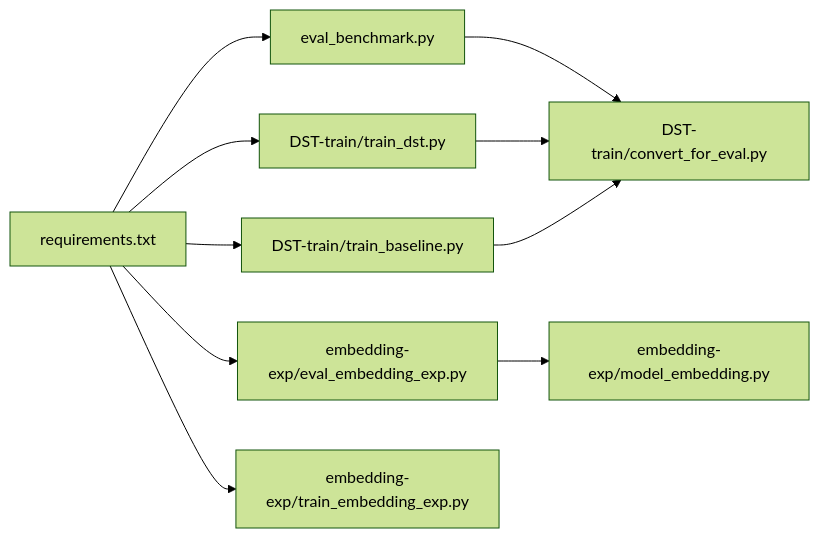
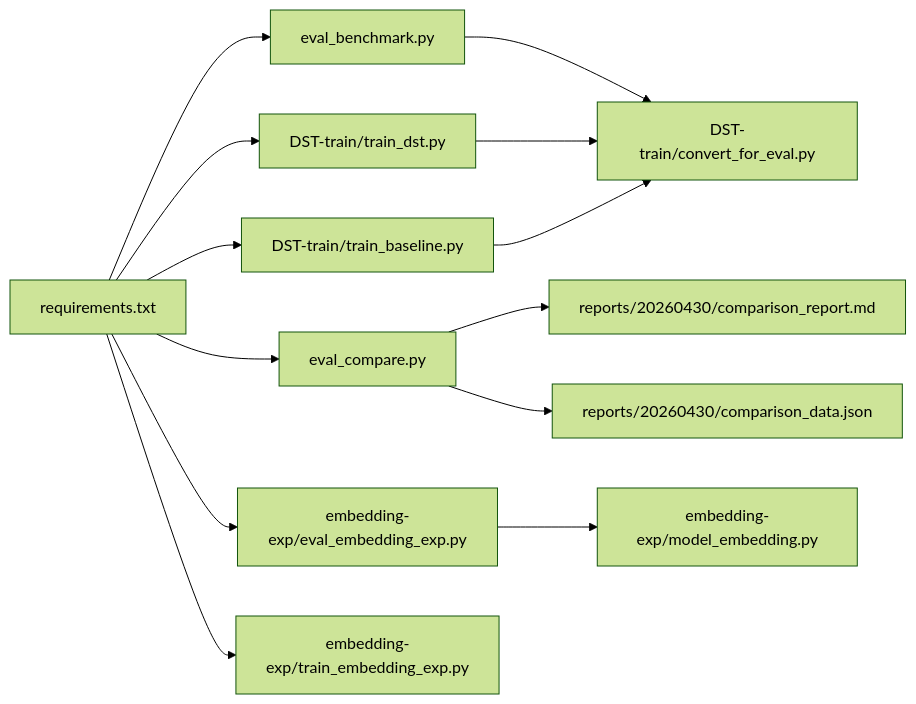
The seventh of 7 diagrams in .qoder/repowiki/zh/content/实验与评估/实验与评估.md (shiyukonghui/minimind), drawn with Mermaid (forest theme) before and after one commit. The commit also changed other lines of this file and 5 other files, not shown here.

````diff
--- a/.qoder/repowiki/zh/content/实验与评估/实验与评估.md
+++ b/.qoder/repowiki/zh/content/实验与评估/实验与评估.md
@@ -266,12 +326,15 @@
 ```mermaid
 graph LR
 REQ["requirements.txt"] --> EB["eval_benchmark.py"]
+REQ --> EC["eval_compare.py"]
 REQ --> EE["embedding-exp/eval_embedding_exp.py"]
 REQ --> TDST["DST-train/train_dst.py"]
 REQ --> TBL["DST-train/train_baseline.py"]
 REQ --> MET["embedding-exp/train_embedding_exp.py"]
 EB --> CONV["DST-train/convert_for_eval.py"]
+EC --> REP["reports/20260430/comparison_report.md"]
+EC --> CD["reports/20260430/comparison_data.json"]
 EE --> MEM["embedding-exp/model_embedding.py"]
 TDST --> CONV
 TBL --> CONV
 ```
````
